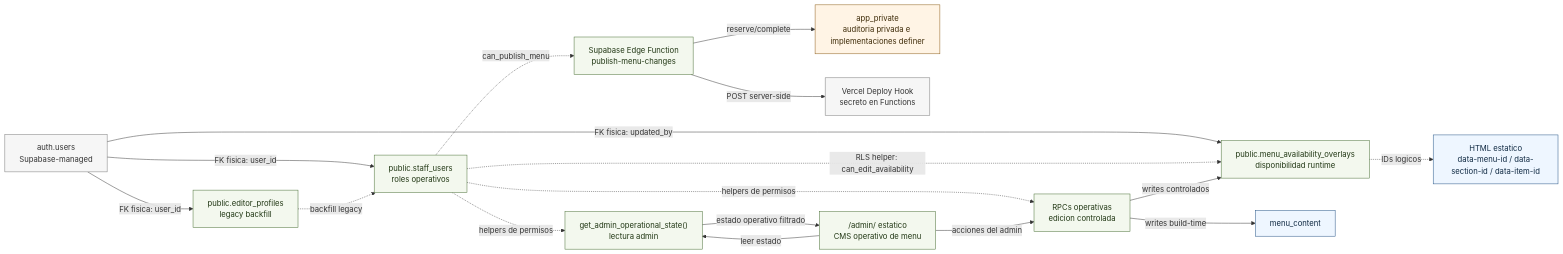
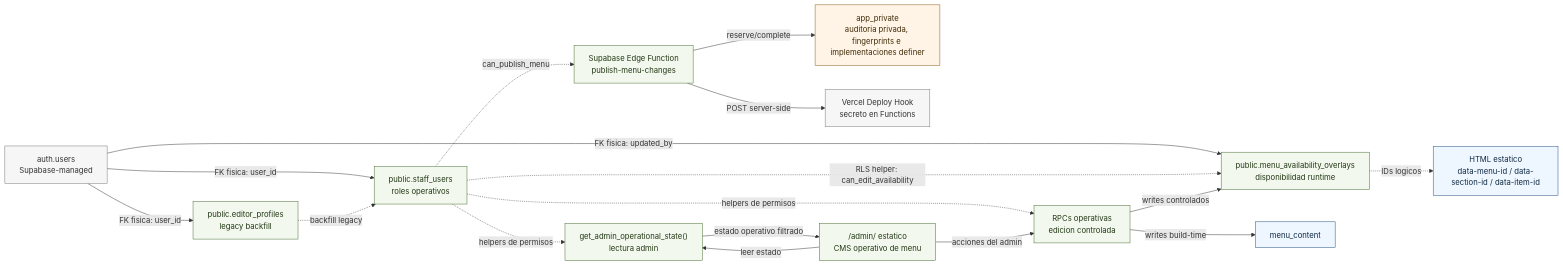
The third of 3 diagrams in docs/supabase/schema-diagram.md (materamos/ElFaraonCatering), drawn with Mermaid before and after one commit. The commit also changed other lines of this file and 9 other files, not shown here.

````diff
--- a/docs/supabase/schema-diagram.md
+++ b/docs/supabase/schema-diagram.md
@@ -179,41 +179,41 @@
 ```mermaid
 flowchart LR
   AUTH_USERS["auth.users<br/>Supabase-managed"]
   STAFF["public.staff_users<br/>roles operativos"]
   EDITORS["public.editor_profiles<br/>legacy backfill"]
   OVERLAYS["public.menu_availability_overlays<br/>disponibilidad runtime"]
   READ_RPC["get_admin_operational_state()<br/>lectura admin"]
   WRITE_RPCS["RPCs operativas<br/>edicion controlada"]
   EDGE["Supabase Edge Function<br/>publish-menu-changes"]
-  PRIVATE["app_private<br/>auditoria privada e implementaciones definer"]
+  PRIVATE["app_private<br/>auditoria privada, fingerprints e implementaciones definer"]
   VERCEL["Vercel Deploy Hook<br/>secreto en Functions"]
   ADMIN_UI["/admin/ estatico<br/>CMS operativo de menu"]
   STATIC["HTML estatico<br/>data-menu-id / data-section-id / data-item-id"]
 
   AUTH_USERS -->|"FK fisica: user_id"| STAFF
   AUTH_USERS -->|"FK fisica: user_id"| EDITORS
   AUTH_USERS -->|"FK fisica: updated_by"| OVERLAYS
   EDITORS -. "backfill legacy" .-> STAFF
   STAFF -. "RLS helper: can_edit_availability" .-> OVERLAYS
   STAFF -. "helpers de permisos" .-> READ_RPC
   STAFF -. "helpers de permisos" .-> WRITE_RPCS
   STAFF -. "can_publish_menu" .-> EDGE
   ADMIN_UI -->|"leer estado"| READ_RPC
   ADMIN_UI -->|"acciones del admin"| WRITE_RPCS
   READ_RPC -->|"estado operativo filtrado"| ADMIN_UI
   WRITE_RPCS -->|"writes controlados"| OVERLAYS
   WRITE_RPCS -->|"writes build-time"| MENU_CONTENT["menu_content"]
   EDGE -->|"reserve/complete"| PRIVATE
   EDGE -->|"POST server-side"| VERCEL
   OVERLAYS -. "IDs logicos" .-> STATIC
 
   classDef runtime fill:#f3f8ee,stroke:#446b2f,color:#223815;
   classDef structural fill:#eef6ff,stroke:#1f4f82,color:#102a43;
   classDef private fill:#fff4e5,stroke:#8a5a13,color:#3f2c09;
   classDef platform fill:#f6f6f6,stroke:#777,color:#333;
 
   class STAFF,EDITORS,OVERLAYS,READ_RPC,WRITE_RPCS,EDGE,ADMIN_UI runtime;
   class STATIC,MENU_CONTENT structural;
   class PRIVATE private;
   class AUTH_USERS,VERCEL platform;
 ```
````
